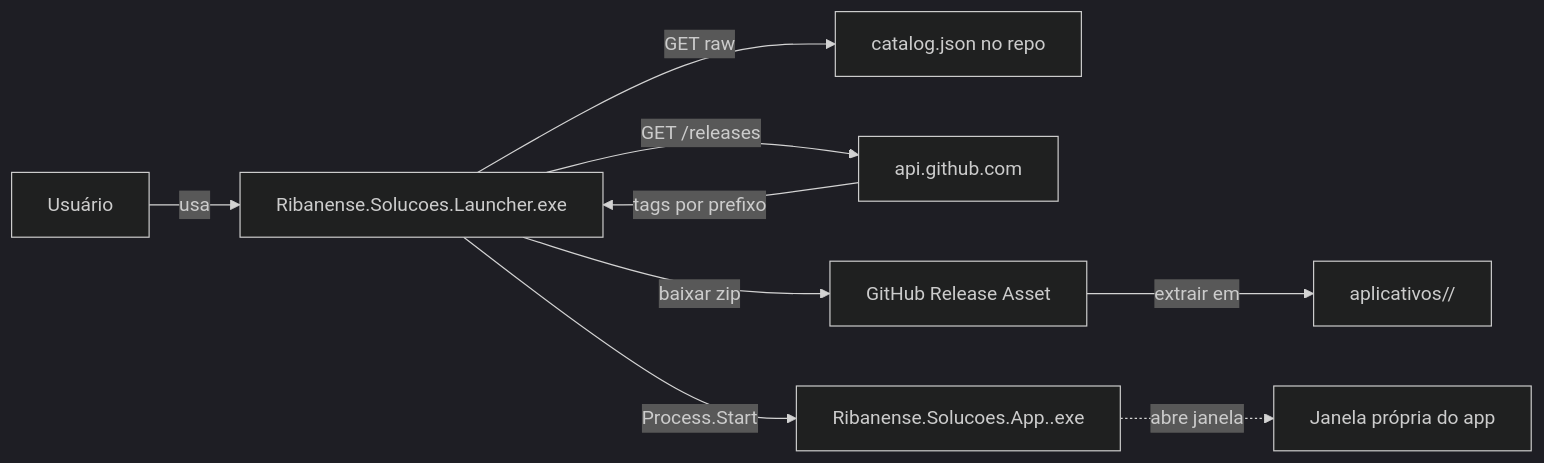
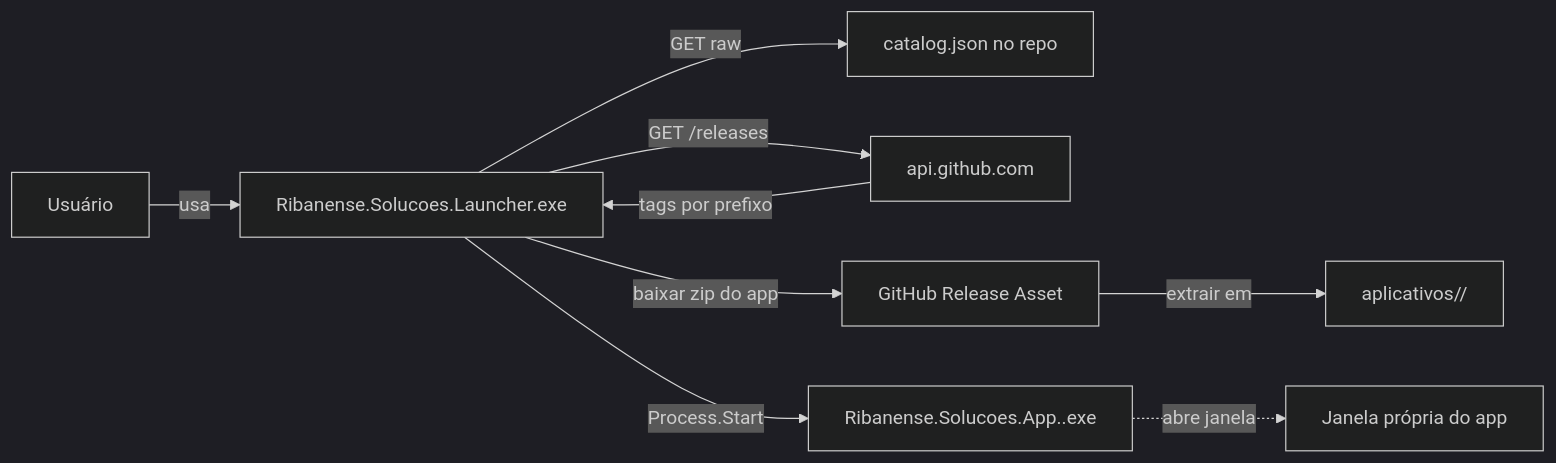
The diagram in docs/ARQUITETURA.md (desenvolvimentoLocatelli/BananaSuisa), drawn with Mermaid (dark theme) before and after one commit. The commit also changed 5 other files, not shown here.

````diff
--- a/docs/ARQUITETURA.md
+++ b/docs/ARQUITETURA.md
@@ -7,11 +7,11 @@
 ```mermaid
 flowchart LR
   User[Usuário] -->|usa| Launcher[Ribanense.Solucoes.Launcher.exe]
   Launcher -->|GET raw| CatalogJson["catalog.json no repo"]
   Launcher -->|GET /releases| GhApi[api.github.com]
   GhApi -->|tags por prefixo| Launcher
-  Launcher -->|baixar zip| Release[GitHub Release Asset]
+  Launcher -->|baixar zip do app| Release[GitHub Release Asset]
   Release -->|extrair em| AppFolder["aplicativos/<Nome>/"]
   Launcher -->|Process.Start| AppExe["Ribanense.Solucoes.App.<Nome>.exe"]
   AppExe -.abre janela.-> UserWindow[Janela própria do app]
 ```
````
